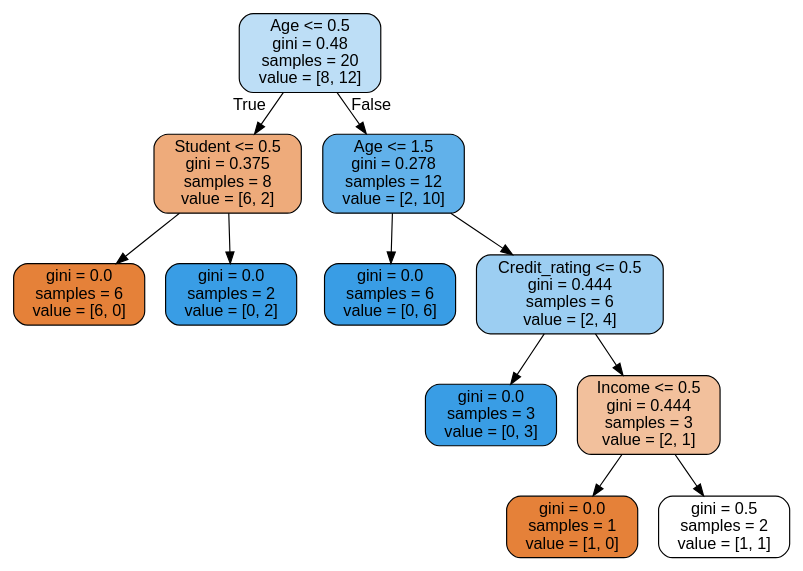
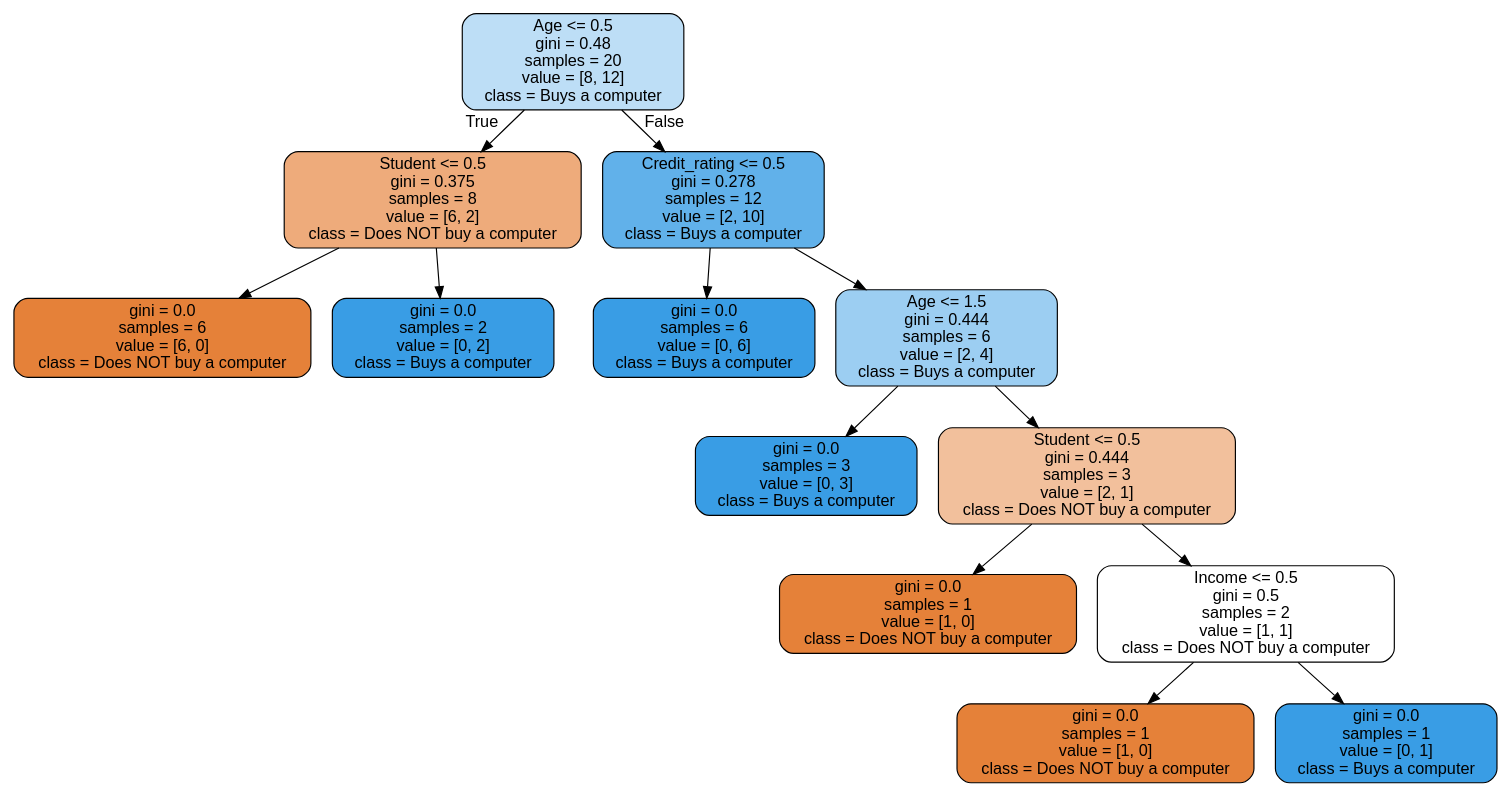
The diagram in tree.dot (Zitruism/DataScience-EA11), drawn with Graphviz before and after one commit. The commit also changed 1 other file, not shown here.

```diff
--- a/tree.dot
+++ b/tree.dot
@@ -1,25 +1,29 @@
 digraph Tree {
 node [shape=box, style="filled, rounded", color="black", fontname=helvetica] ;
 edge [fontname=helvetica] ;
-0 [label="Age <= 0.5\ngini = 0.48\nsamples = 20\nvalue = [8, 12]", fillcolor="#bddef6"] ;
-1 [label="Student <= 0.5\ngini = 0.375\nsamples = 8\nvalue = [6, 2]", fillcolor="#eeab7b"] ;
+0 [label="Age <= 0.5\ngini = 0.48\nsamples = 20\nvalue = [8, 12]\nclass = Buys a computer", fillcolor="#bddef6"] ;
+1 [label="Student <= 0.5\ngini = 0.375\nsamples = 8\nvalue = [6, 2]\nclass = Does NOT buy a computer", fillcolor="#eeab7b"] ;
 0 -> 1 [labeldistance=2.5, labelangle=45, headlabel="True"] ;
-2 [label="gini = 0.0\nsamples = 6\nvalue = [6, 0]", fillcolor="#e58139"] ;
+2 [label="gini = 0.0\nsamples = 6\nvalue = [6, 0]\nclass = Does NOT buy a computer", fillcolor="#e58139"] ;
 1 -> 2 ;
-3 [label="gini = 0.0\nsamples = 2\nvalue = [0, 2]", fillcolor="#399de5"] ;
+3 [label="gini = 0.0\nsamples = 2\nvalue = [0, 2]\nclass = Buys a computer", fillcolor="#399de5"] ;
 1 -> 3 ;
-4 [label="Age <= 1.5\ngini = 0.278\nsamples = 12\nvalue = [2, 10]", fillcolor="#61b1ea"] ;
+4 [label="Credit_rating <= 0.5\ngini = 0.278\nsamples = 12\nvalue = [2, 10]\nclass = Buys a computer", fillcolor="#61b1ea"] ;
 0 -> 4 [labeldistance=2.5, labelangle=-45, headlabel="False"] ;
-5 [label="gini = 0.0\nsamples = 6\nvalue = [0, 6]", fillcolor="#399de5"] ;
+5 [label="gini = 0.0\nsamples = 6\nvalue = [0, 6]\nclass = Buys a computer", fillcolor="#399de5"] ;
 4 -> 5 ;
-6 [label="Credit_rating <= 0.5\ngini = 0.444\nsamples = 6\nvalue = [2, 4]", fillcolor="#9ccef2"] ;
+6 [label="Age <= 1.5\ngini = 0.444\nsamples = 6\nvalue = [2, 4]\nclass = Buys a computer", fillcolor="#9ccef2"] ;
 4 -> 6 ;
-7 [label="gini = 0.0\nsamples = 3\nvalue = [0, 3]", fillcolor="#399de5"] ;
+7 [label="gini = 0.0\nsamples = 3\nvalue = [0, 3]\nclass = Buys a computer", fillcolor="#399de5"] ;
 6 -> 7 ;
-8 [label="Income <= 0.5\ngini = 0.444\nsamples = 3\nvalue = [2, 1]", fillcolor="#f2c09c"] ;
+8 [label="Student <= 0.5\ngini = 0.444\nsamples = 3\nvalue = [2, 1]\nclass = Does NOT buy a computer", fillcolor="#f2c09c"] ;
 6 -> 8 ;
-9 [label="gini = 0.0\nsamples = 1\nvalue = [1, 0]", fillcolor="#e58139"] ;
+9 [label="gini = 0.0\nsamples = 1\nvalue = [1, 0]\nclass = Does NOT buy a computer", fillcolor="#e58139"] ;
 8 -> 9 ;
-10 [label="gini = 0.5\nsamples = 2\nvalue = [1, 1]", fillcolor="#ffffff"] ;
+10 [label="Income <= 0.5\ngini = 0.5\nsamples = 2\nvalue = [1, 1]\nclass = Does NOT buy a computer", fillcolor="#ffffff"] ;
 8 -> 10 ;
+11 [label="gini = 0.0\nsamples = 1\nvalue = [1, 0]\nclass = Does NOT buy a computer", fillcolor="#e58139"] ;
+10 -> 11 ;
+12 [label="gini = 0.0\nsamples = 1\nvalue = [0, 1]\nclass = Buys a computer", fillcolor="#399de5"] ;
+10 -> 12 ;
 }
```
